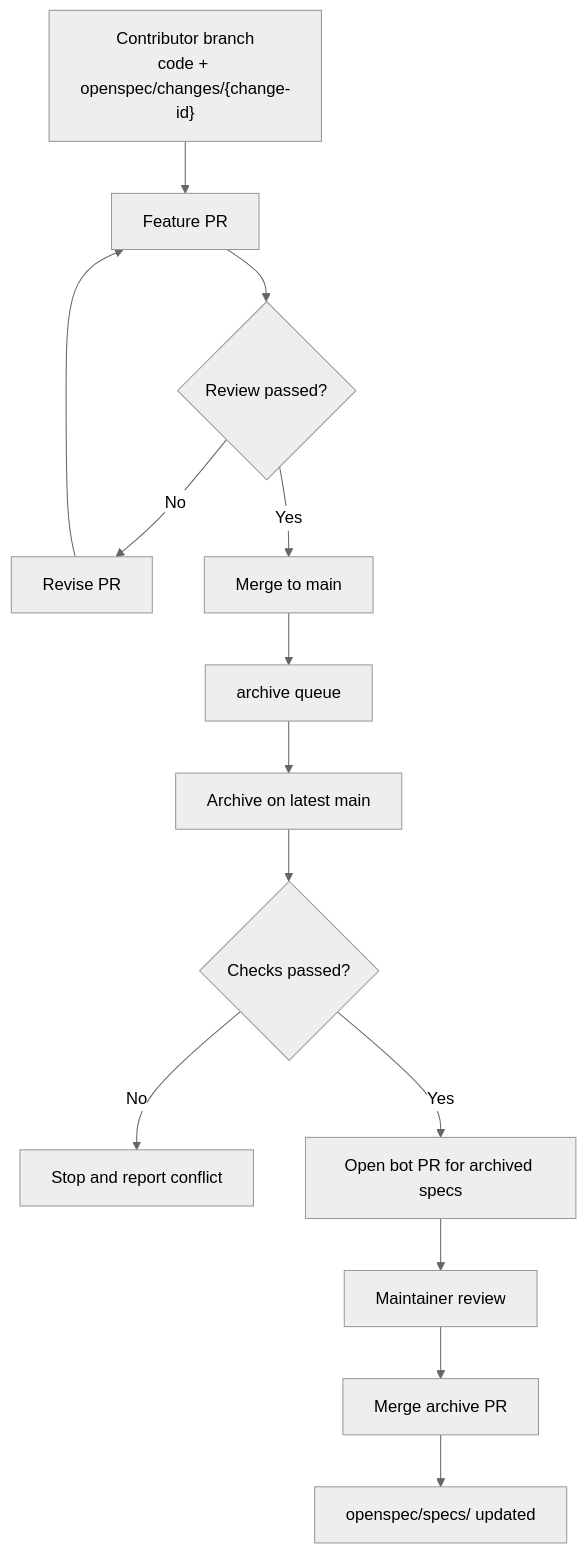
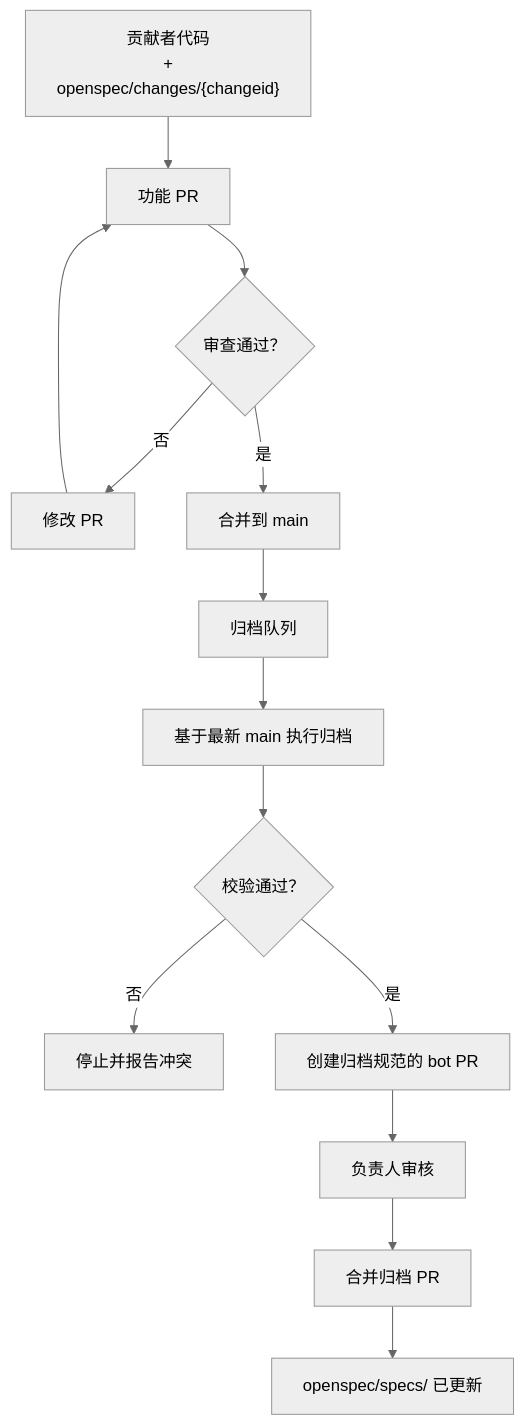
The diagram in docs/docs/1000-AI技术/200-应用开发/400-工程管理与实践/7000-OpenSpec与Git协作：开源项目中的规范归档、冲突治理与多人协作.md (gqcn/johns-blog), drawn with Mermaid (neutral theme) before and after one commit. The commit also changed other lines of this file, not shown here.

Commit message:
docs: enhance OpenSpec Git collaboration article with governance insights and updated flowchart

````diff
--- a/docs/docs/1000-AI技术/200-应用开发/400-工程管理与实践/7000-OpenSpec与Git协作：开源项目中的规范归档、冲突治理与多人协作.md
+++ b/docs/docs/1000-AI技术/200-应用开发/400-工程管理与实践/7000-OpenSpec与Git协作：开源项目中的规范归档、冲突治理与多人协作.md
@@ -226,16 +228,16 @@
 ```mermaid
 flowchart TD
-    A["Contributor branch<br/>code + openspec/changes/{change-id}"] --> B[Feature PR]
-    B --> C{Review passed?}
-    C -- No --> D[Revise PR]
+    A["贡献者代码<br/> + <br/>openspec/changes/{changeid}"] --> B[功能 PR]
+    B --> C{审查通过？}
+    C -- 否 --> D[修改 PR]
     D --> B
-    C -- Yes --> E[Merge to main]
-    E --> F[archive queue]
-    F --> G[Archive on latest main]
-    G --> H{Checks passed?}
-    H -- No --> I[Stop and report conflict]
-    H -- Yes --> J[Open bot PR for archived specs]
-    J --> K[Maintainer review]
-    K --> L[Merge archive PR]
-    L --> M[openspec/specs/ updated]
+    C -- 是 --> E[合并到 main]
+    E --> F[归档队列]
+    F --> G[基于最新 main 执行归档]
+    G --> H{校验通过？}
+    H -- 否 --> I[停止并报告冲突]
+    H -- 是 --> J[创建归档规范的 bot PR]
+    J --> K[负责人审核]
+    K --> L[合并归档 PR]
+    L --> M[openspec/specs/ 已更新]
 ```
````
